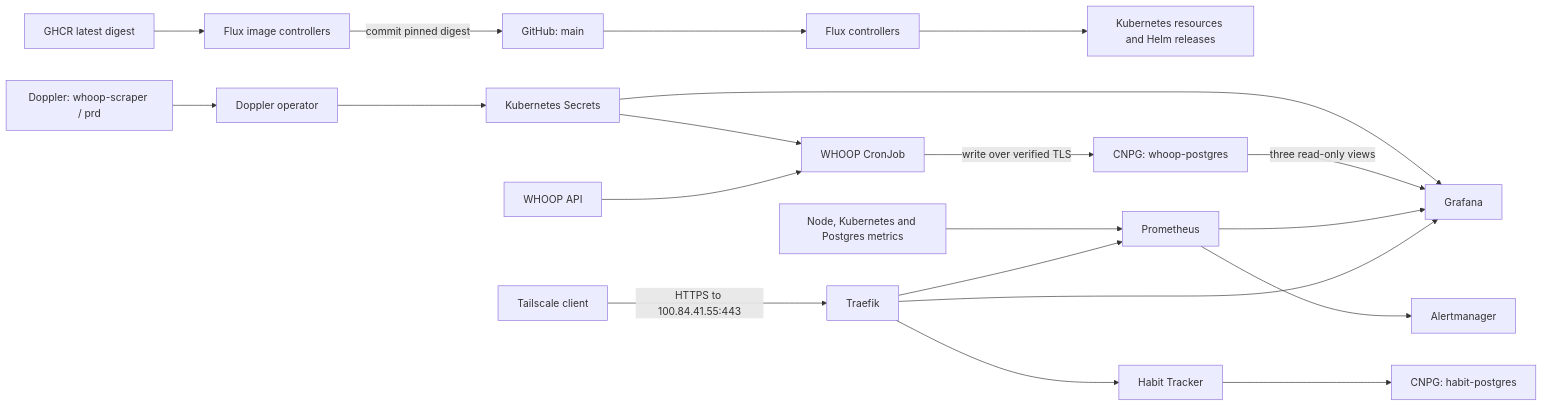
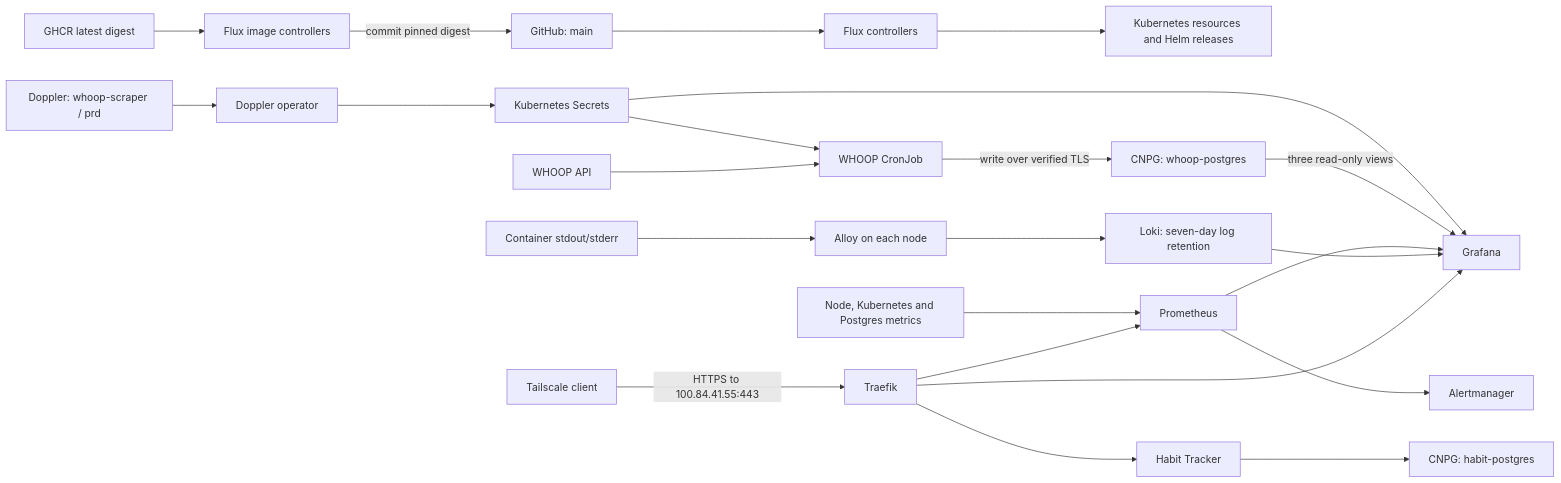
The diagram in README.md (whutchinson98/homelab-flux), drawn with Mermaid before and after one commit. The commit also changed other lines of this file and 15 other files, not shown here.

Commit message:
Add Alloy and Loki for centralized Kubernetes logs

````diff
--- a/README.md
+++ b/README.md
@@ -38,22 +38,25 @@
 ```mermaid
 flowchart LR
     Git["GitHub: main"] --> Flux["Flux controllers"]
     Flux --> Resources["Kubernetes resources and Helm releases"]
     Doppler["Doppler: whoop-scraper / prd"] --> Operator["Doppler operator"]
     Operator --> Secrets["Kubernetes Secrets"]
     Secrets --> Job["WHOOP CronJob"]
     WHOOP["WHOOP API"] --> Job
     Job -->|"write over verified TLS"| PG["CNPG: whoop-postgres"]
     Secrets --> Grafana["Grafana"]
     PG -->|"three read-only views"| Grafana
     Exporters["Node, Kubernetes and Postgres metrics"] --> Prom["Prometheus"]
     Prom --> Grafana
     Prom --> AM["Alertmanager"]
+    Pods["Container stdout/stderr"] --> Alloy["Alloy on each node"]
+    Alloy --> Loki["Loki: seven-day log retention"]
+    Loki --> Grafana
     Client["Tailscale client"] -->|"HTTPS to 100.84.41.55:443"| Traefik["Traefik"]
     Traefik --> Grafana
     Traefik --> Prom
     Traefik --> Habits["Habit Tracker"]
     Habits --> HabitDB["CNPG: habit-postgres"]
     Registry["GHCR latest digest"] --> Images["Flux image controllers"]
     Images -->|"commit pinned digest"| Git
 ```
````
